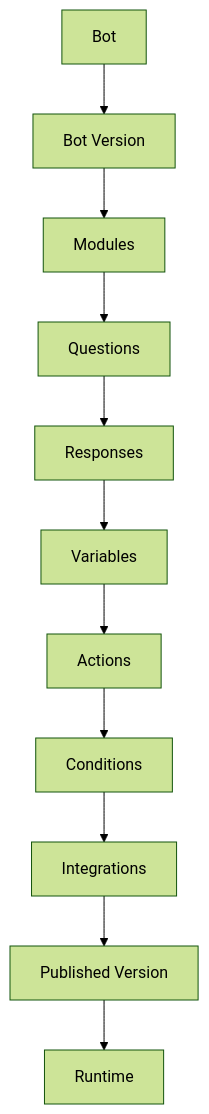
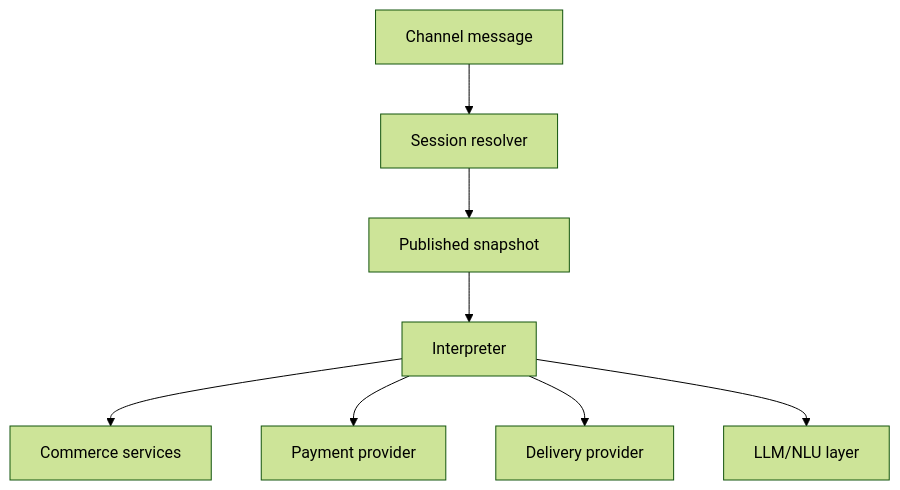
Before and after one commit to hidenkeys/Zidicommerce: the fifth of 5 diagrams in docs/architecture.md, drawn with Mermaid (forest theme). The commit also changed other lines of this file and 14 other files, not shown here.

````diff
--- a/docs/architecture.md
+++ b/docs/architecture.md
@@ -201,13 +237,10 @@
 ```mermaid
 flowchart TD
-    A["Bot"] --> B["Bot Version"]
-    B --> C["Modules"]
-    C --> D["Questions"]
-    D --> E["Responses"]
-    E --> F["Variables"]
-    F --> G["Actions"]
-    G --> H["Conditions"]
-    H --> I["Integrations"]
-    I --> J["Published Version"]
-    J --> K["Runtime"]
+    A["Channel message"] --> B["Session resolver"]
+    B --> C["Published snapshot"]
+    C --> D["Interpreter"]
+    D --> E["Commerce services"]
+    D --> F["Payment provider"]
+    D --> G["Delivery provider"]
+    D --> H["LLM/NLU layer"]
 ```
````
